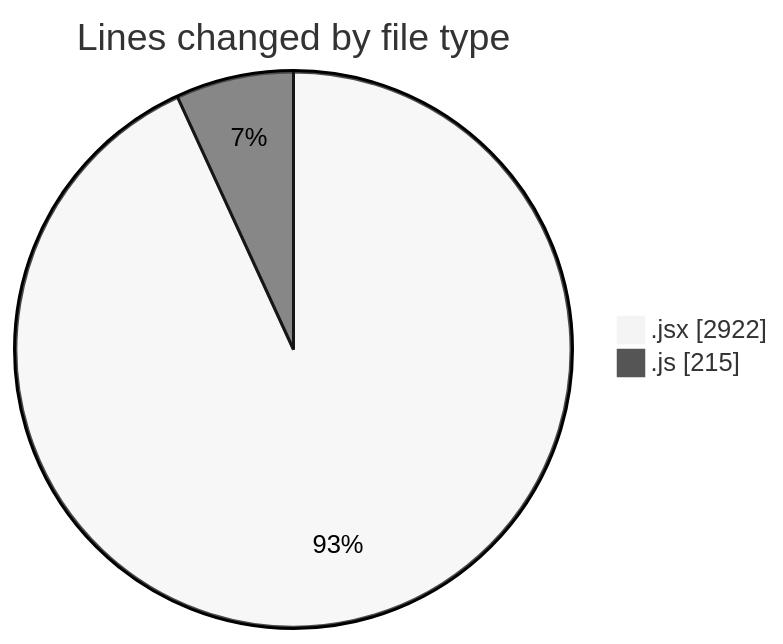
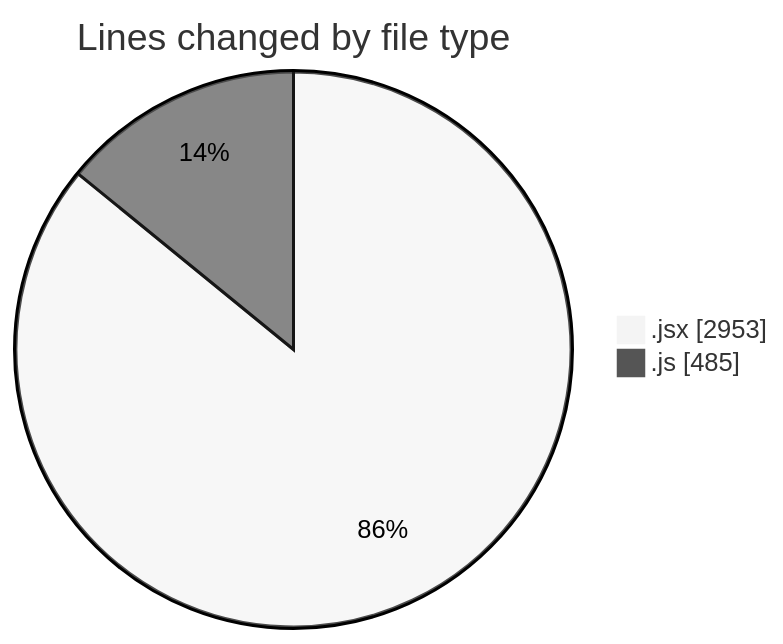
Before and after one commit to nxtqubesakshisongat/code-tracking: the first of 2 diagrams in 2025-05-22/nxtqube_webapp/README.md, drawn with Mermaid (neutral theme). The commit also changed other lines of this file and 1 other file, not shown here.

````diff
--- a/2025-05-22/nxtqube_webapp/README.md
+++ b/2025-05-22/nxtqube_webapp/README.md
@@ -22,6 +23,6 @@
 ```mermaid
 pie showData
 title Lines changed by file type
-".jsx" : 2922
-".js" : 215
+".jsx" : 2953
+".js" : 485
 ```
````
